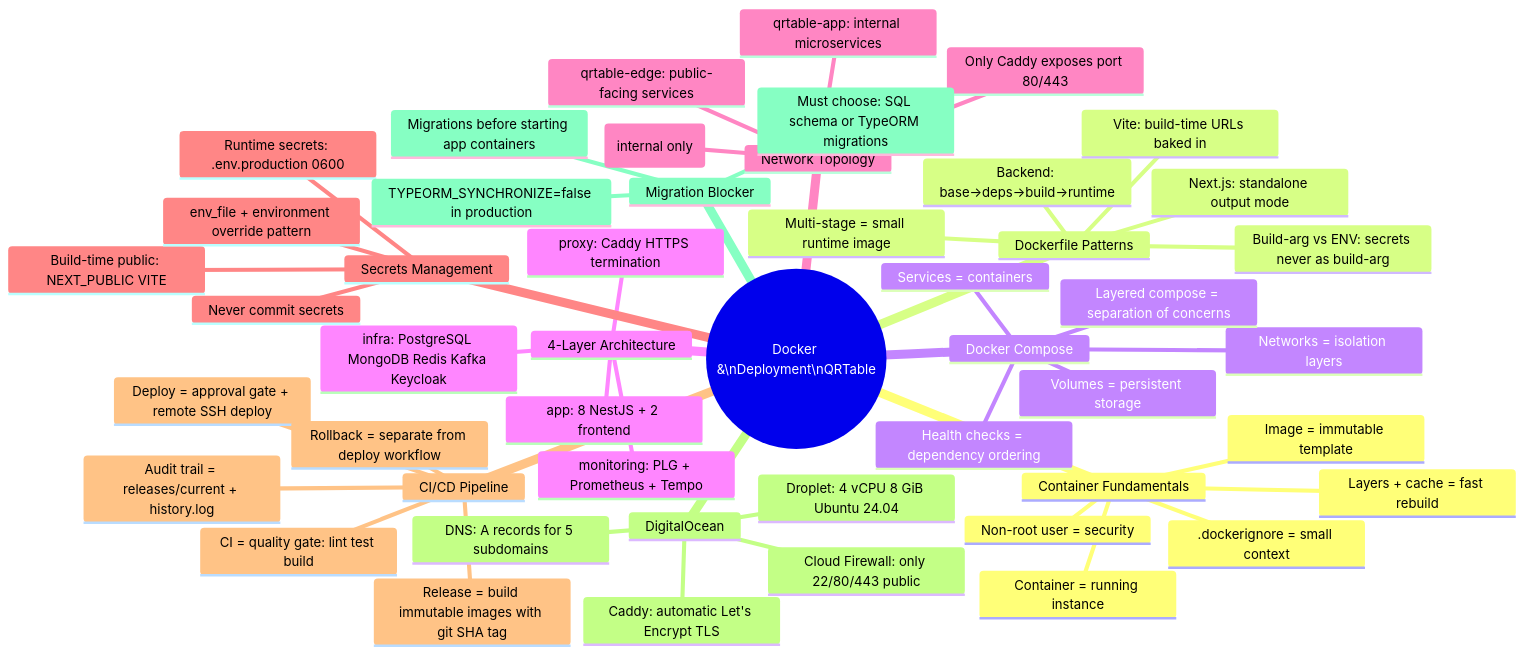
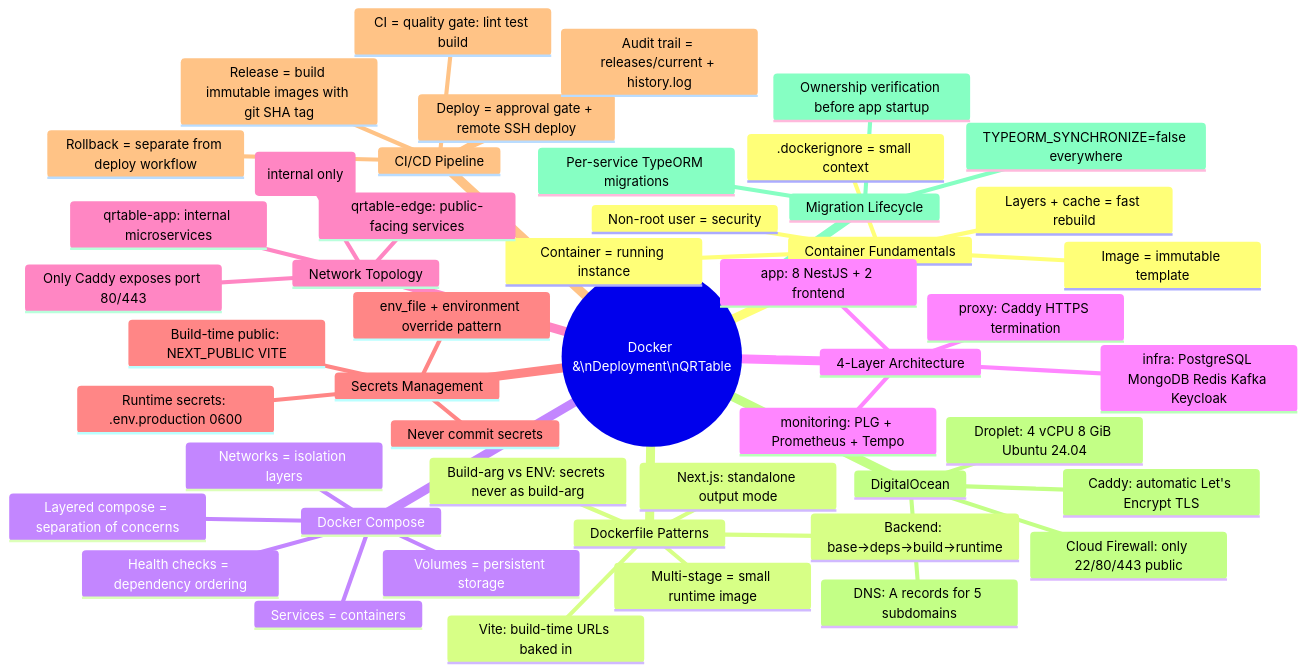
One commit to quan-vo-dinh/saas-pos-microservices-qrtable changed the fourth of 4 diagrams in docs/guides/docker-deployment-cicd-qrtable.md. Above: the diagram before and after it, drawn with Mermaid. The commit also changed other lines of this file and 70 other files, not shown here.

Commit message:
feat(db): split PostgreSQL per service (catalog, order, payment, saas)

````diff
--- a/docs/guides/docker-deployment-cicd-qrtable.md
+++ b/docs/guides/docker-deployment-cicd-qrtable.md
@@ -2632,52 +2610,52 @@
 ```mermaid
 mindmap
   root((Docker &\nDeployment\nQRTable))
     Container Fundamentals
       Image = immutable template
       Container = running instance
       Layers + cache = fast rebuild
       Non-root user = security
       .dockerignore = small context
     Dockerfile Patterns
       Multi-stage = small runtime image
       Backend: base→deps→build→runtime
       Next.js: standalone output mode
       Vite: build-time URLs baked in
       Build-arg vs ENV: secrets never as build-arg
     Docker Compose
       Services = containers
       Networks = isolation layers
       Volumes = persistent storage
       Health checks = dependency ordering
       Layered compose = separation of concerns
     4-Layer Architecture
       infra: PostgreSQL MongoDB Redis Kafka Keycloak
       app: 8 NestJS + 2 frontend
       proxy: Caddy HTTPS termination
       monitoring: PLG + Prometheus + Tempo
     Network Topology
       qrtable-edge: public-facing services
       qrtable-app: internal microservices
       qrtable-infra: databases (internal only)
       Only Caddy exposes port 80/443
     Secrets Management
       Build-time public: NEXT_PUBLIC VITE
       Runtime secrets: .env.production 0600
       Never commit secrets
       env_file + environment override pattern
     CI/CD Pipeline
       CI = quality gate: lint test build
       Release = build immutable images with git SHA tag
       Deploy = approval gate + remote SSH deploy
       Rollback = separate from deploy workflow
       Audit trail = releases/current + history.log
     DigitalOcean
       Droplet: 4 vCPU 8 GiB Ubuntu 24.04
       Cloud Firewall: only 22/80/443 public
       DNS: A records for 5 subdomains
       Caddy: automatic Let's Encrypt TLS
-    Migration Blocker
-      TYPEORM_SYNCHRONIZE=false in production
-      Must choose: SQL schema or TypeORM migrations
-      Migrations before starting app containers
+    Migration Lifecycle
+      TYPEORM_SYNCHRONIZE=false everywhere
+      Per-service TypeORM migrations
+      Ownership verification before app startup
 ```
````
